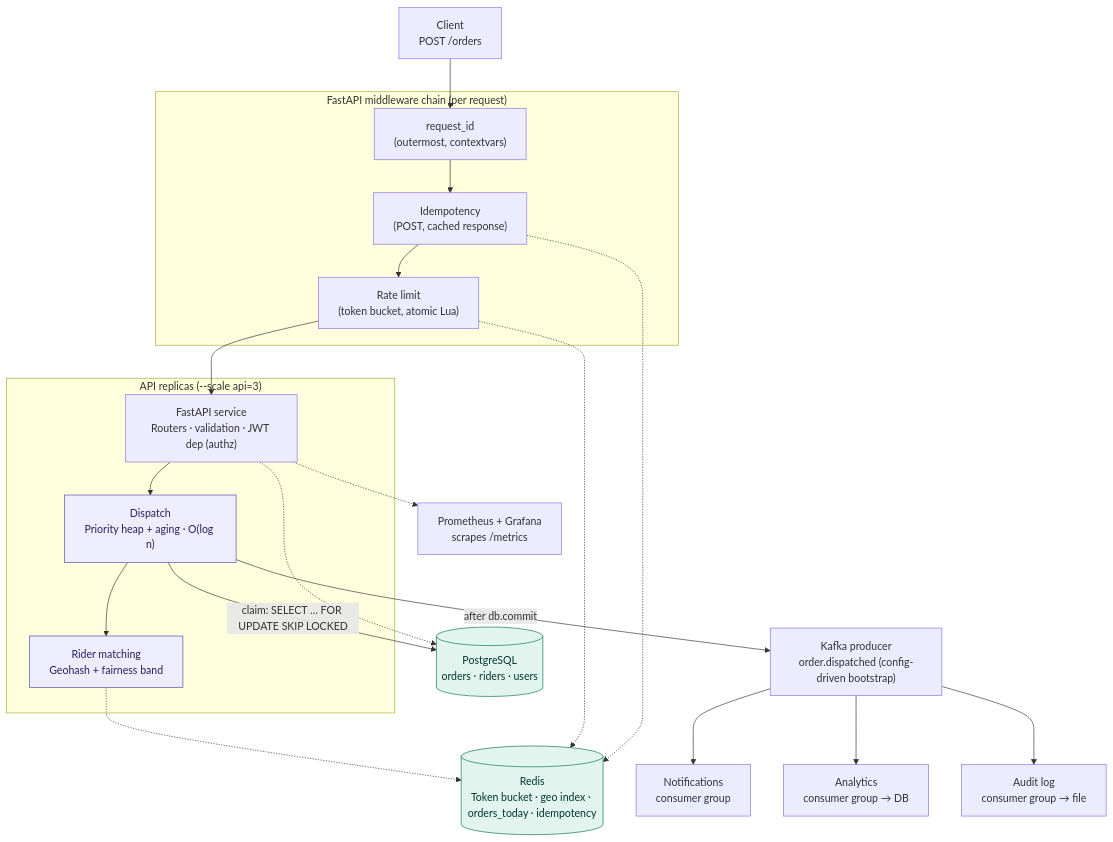
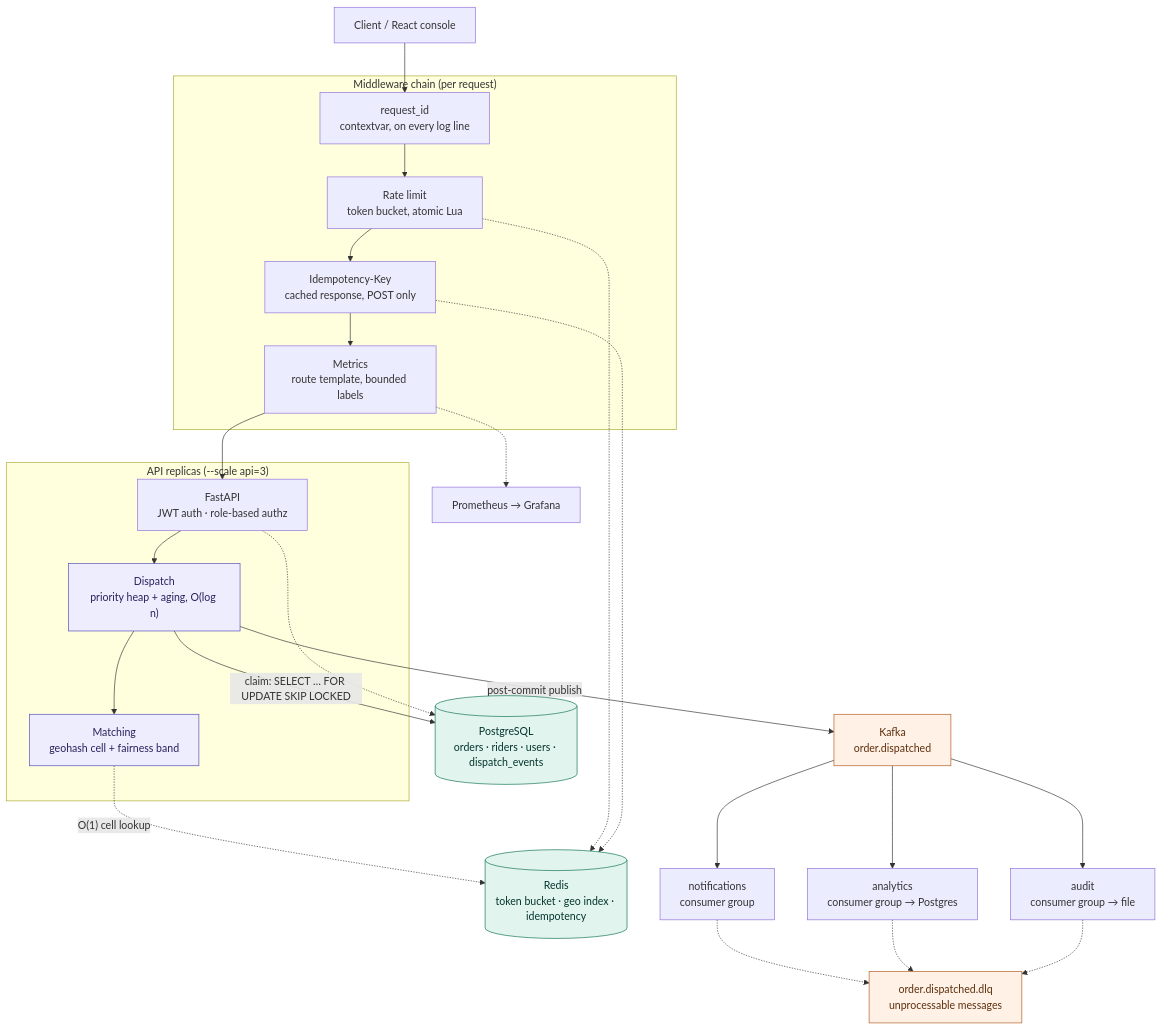
The diagram in README.md (Shoryagg7/deliveriq), drawn with Mermaid before and after one commit. The commit also changed other lines of this file and 1 other file, not shown here.

````diff
--- a/README.md
+++ b/README.md
@@ -13,44 +22,51 @@
 ```mermaid
 flowchart TD
-    Client["Client<br/>POST /orders"]
+    Client["Client / React console"]
 
-    subgraph MW["FastAPI middleware chain (per request)"]
-        ReqID["request_id<br/>(outermost, contextvars)"]
-        Idem["Idempotency<br/>(POST, cached response)"]
-        RL["Rate limit<br/>(token bucket, atomic Lua)"]
+    subgraph MW["Middleware chain (per request)"]
+        ReqID["request_id<br/>contextvar, on every log line"]
+        RL["Rate limit<br/>token bucket, atomic Lua"]
+        Idem["Idempotency-Key<br/>cached response, POST only"]
+        Met["Metrics<br/>route template, bounded labels"]
     end
 
     subgraph REPLICAS["API replicas (--scale api=3)"]
-        API["FastAPI service<br/>Routers · validation · JWT dep (authz)"]
-        Dispatch["Dispatch<br/>Priority heap + aging · O(log n)"]
-        Match["Rider matching<br/>Geohash + fairness band"]
+        API["FastAPI<br/>JWT auth · role-based authz"]
+        Dispatch["Dispatch<br/>priority heap + aging, O(log n)"]
+        Match["Matching<br/>geohash cell + fairness band"]
     end
 
-    Kafka["Kafka producer<br/>order.dispatched (config-driven bootstrap)"]
-    Redis[("Redis<br/>Token bucket · geo index · orders_today · idempotency")]
-    Postgres[("PostgreSQL<br/>orders · riders · users")]
-    Obs["Prometheus + Grafana<br/>scrapes /metrics"]
+    Postgres[("PostgreSQL<br/>orders · riders · users · dispatch_events")]
+    Redis[("Redis<br/>token bucket · geo index · idempotency")]
+    Kafka["Kafka<br/>order.dispatched"]
+    DLQ["order.dispatched.dlq<br/>unprocessable messages"]
+    Obs["Prometheus → Grafana"]
 
-    Notif["Notifications<br/>consumer group"]
-    Analytics["Analytics<br/>consumer group → DB"]
-    Audit["Audit log<br/>consumer group → file"]
+    Notif["notifications<br/>consumer group"]
+    Analytics["analytics<br/>consumer group → Postgres"]
+    Audit["audit<br/>consumer group → file"]
 
-    Client --> ReqID --> Idem --> RL --> API
+    Client --> ReqID --> RL --> Idem --> Met --> API
     API --> Dispatch
     Dispatch -->|"claim: SELECT … FOR UPDATE SKIP LOCKED"| Postgres
     Dispatch --> Match
-    Match -.-> Redis
-    Dispatch -->|"after db.commit"| Kafka
+    Match -.->|"O(1) cell lookup"| Redis
+    Dispatch -->|"post-commit publish"| Kafka
     RL -.-> Redis
     Idem -.-> Redis
     API -.-> Postgres
-    API -.-> Obs
+    Met -.-> Obs
     Kafka --> Notif
     Kafka --> Analytics
     Kafka --> Audit
+    Notif -.-> DLQ
+    Analytics -.-> DLQ
+    Audit -.-> DLQ
 
     classDef algo fill:#EEEDFE,stroke:#534AB7,color:#26215C;
     classDef store fill:#E1F5EE,stroke:#0F6E56,color:#04342C;
+    classDef bus fill:#FFF1E6,stroke:#B25A1E,color:#5C2F0C;
     class Dispatch,Match algo;
     class Redis,Postgres store;
+    class Kafka,DLQ bus;
 ```
````
